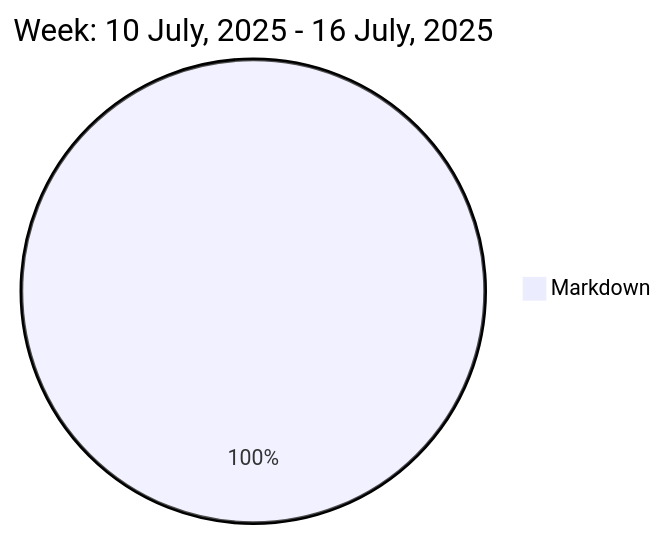
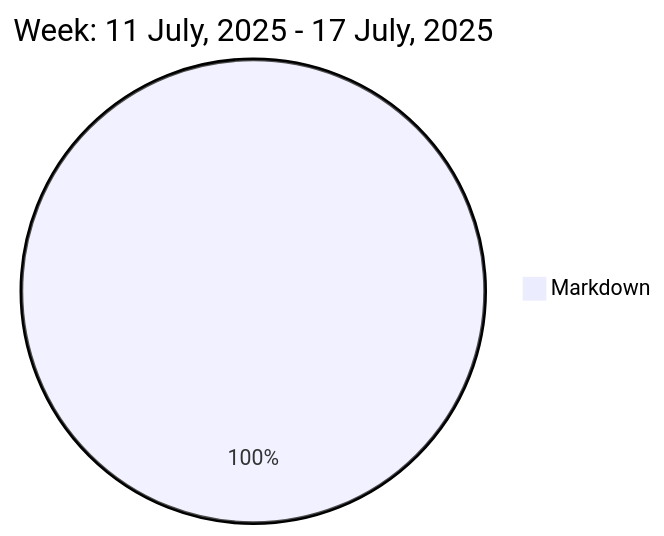
One commit to liubin95/liubin95 changed the diagram in README.md. Above: the diagram before and after it, drawn with Mermaid.

Commit message:
Updated the Graph with new Metrics

````diff
--- a/README.md
+++ b/README.md
@@ -37,5 +37,5 @@
 ```mermaid
  pie
-title Week: 10 July, 2025 - 16 July, 2025
- "Markdown" : 2.33
+title Week: 11 July, 2025 - 17 July, 2025
+ "Markdown" : 2.32
 ```
````
